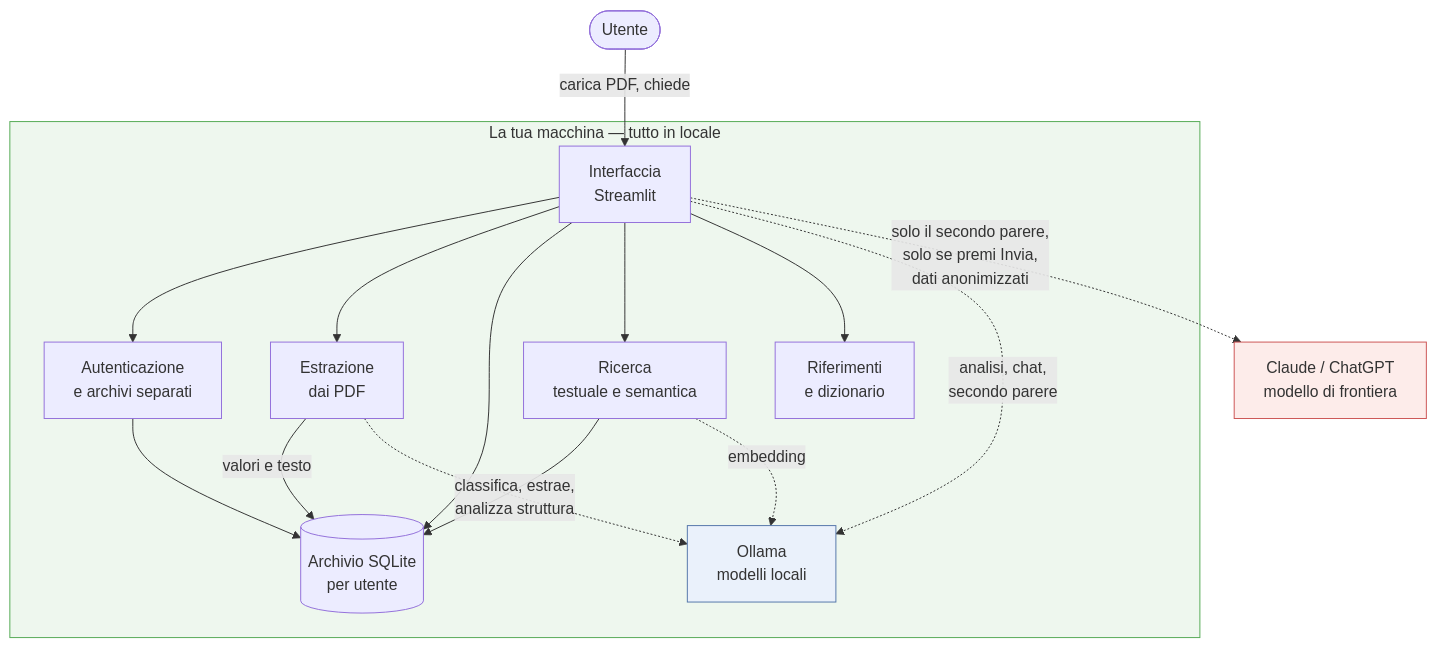
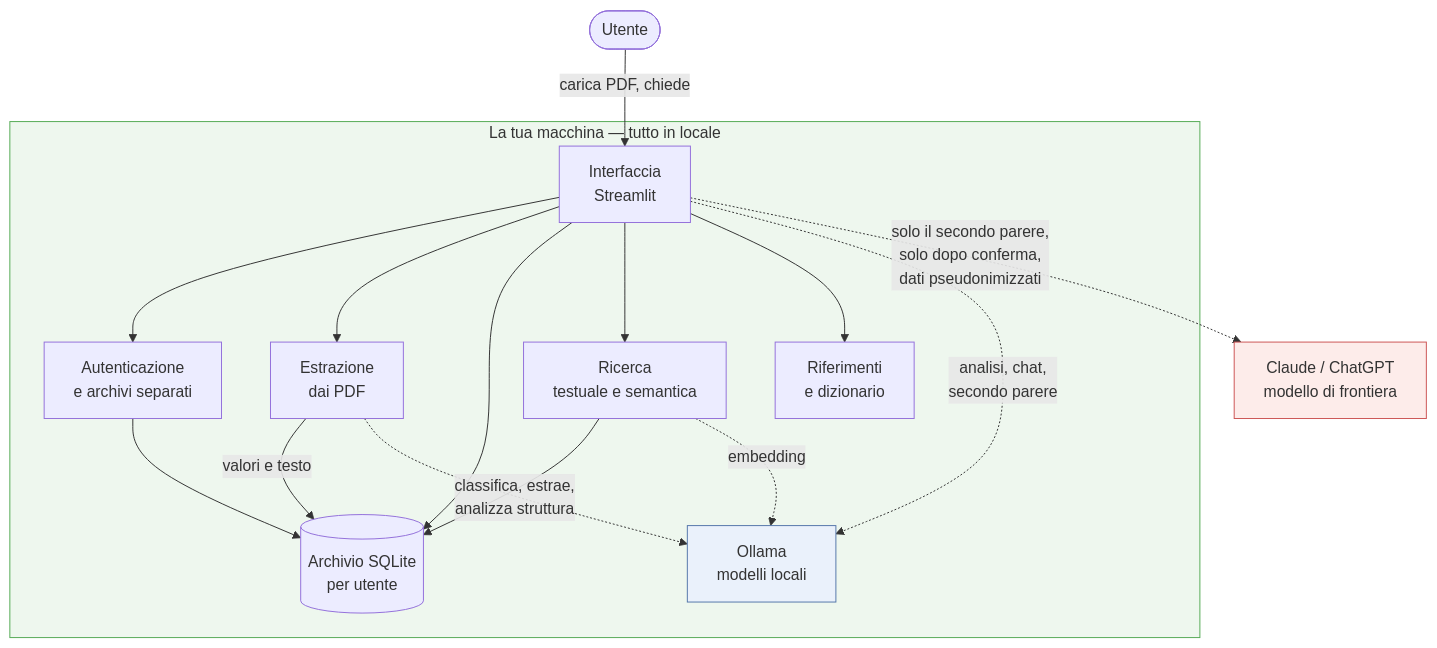
One commit to vonausterliz/AHIA changed the diagram in README.md. Above: the diagram before and after it, drawn with Mermaid. The commit also changed other lines of this file and 12 other files, not shown here.

````diff
--- a/README.md
+++ b/README.md
@@ -235,26 +254,26 @@
 ```mermaid
 flowchart TB
     U([Utente]) -->|carica PDF, chiede| APP[Interfaccia<br/>Streamlit]
 
     subgraph locale["La tua macchina — tutto in locale"]
         APP --> AUTH[Autenticazione<br/>e archivi separati]
         APP --> ESTR[Estrazione<br/>dai PDF]
         APP --> DATI[(Archivio SQLite<br/>per utente)]
         APP --> RICERCA[Ricerca<br/>testuale e semantica]
         APP --> RIF[Riferimenti<br/>e dizionario]
 
         ESTR -->|valori e testo| DATI
         RICERCA --> DATI
         AUTH --> DATI
 
         ESTR -.->|classifica, estrae,<br/>analizza struttura| OLLAMA[Ollama<br/>modelli locali]
         APP -.->|analisi, chat,<br/>secondo parere| OLLAMA
         RICERCA -.->|embedding| OLLAMA
     end
 
-    APP -.->|solo il secondo parere,<br/>solo se premi Invia,<br/>dati anonimizzati| FRONT[Claude / ChatGPT<br/>modello di frontiera]
+    APP -.->|solo il secondo parere,<br/>solo dopo conferma,<br/>dati pseudonimizzati| FRONT[Claude / ChatGPT<br/>modello di frontiera]
 
     style locale fill:#eef7ee,stroke:#5a5
     style FRONT fill:#fdecea,stroke:#c55
     style OLLAMA fill:#eaf1fb,stroke:#57a
 ```
````
